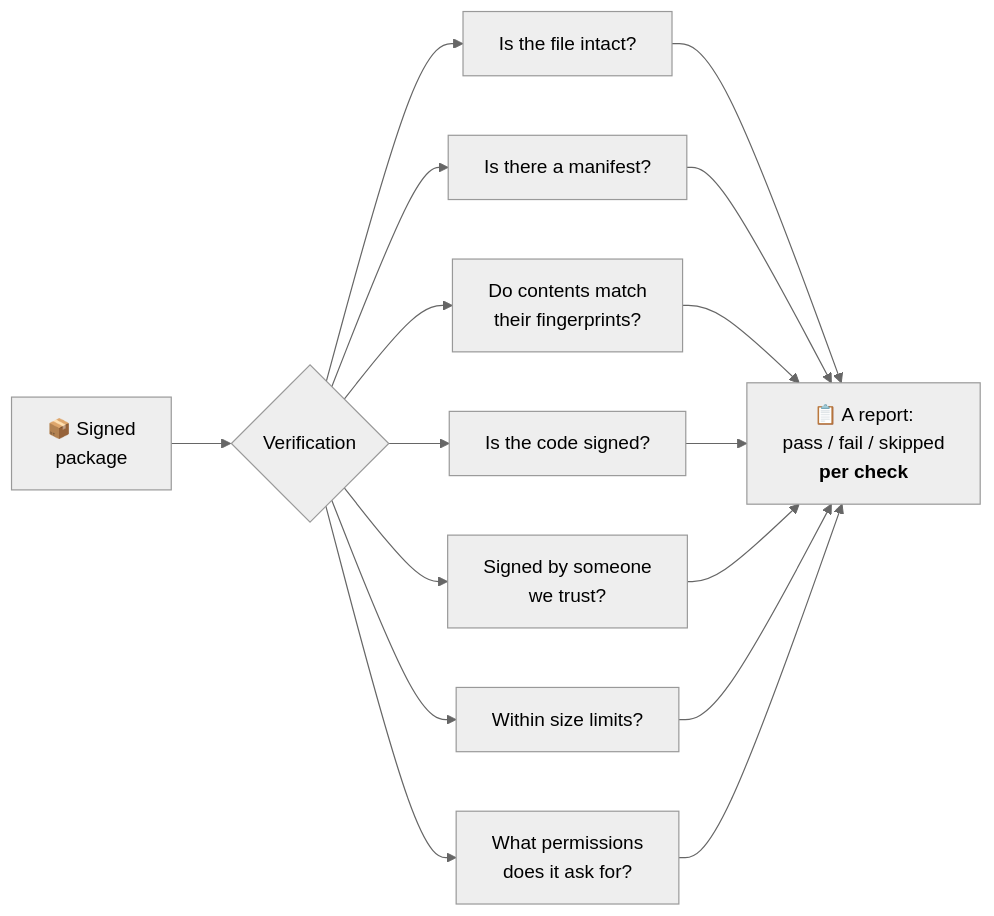
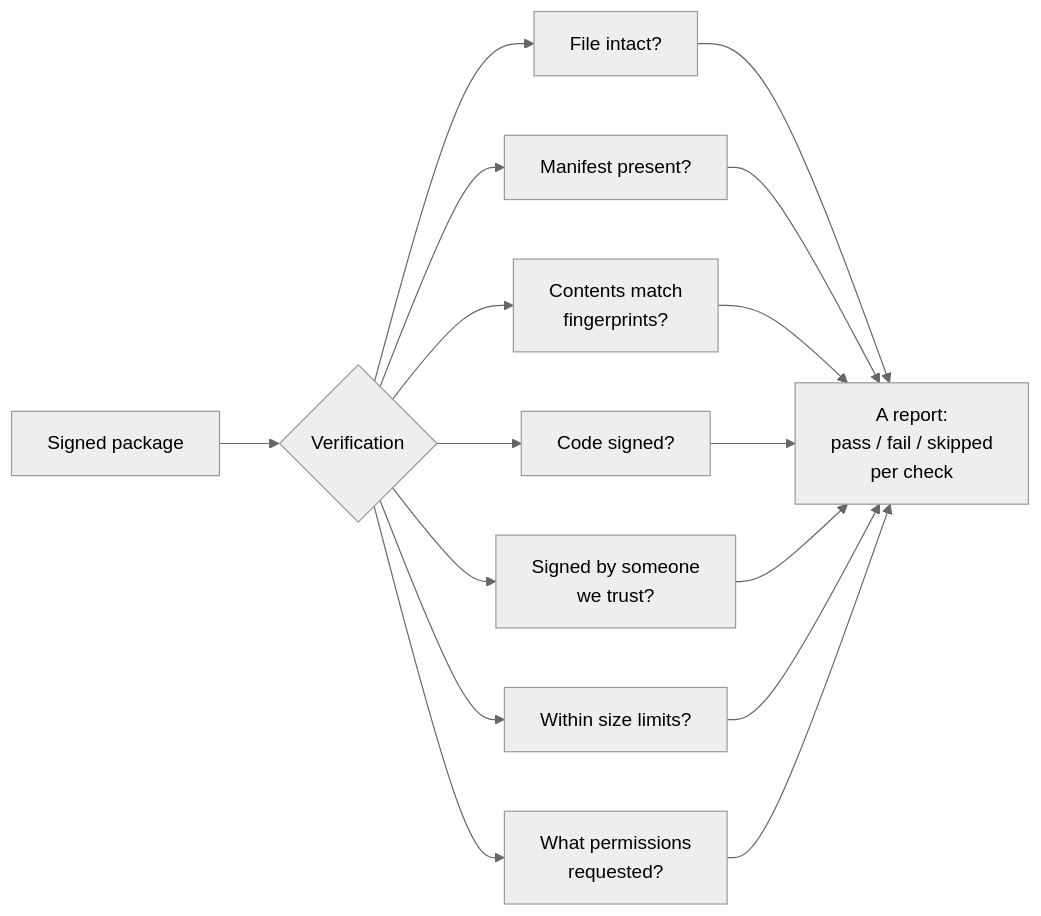
Before and after one commit to mondweep/vibe-cast: the eighth of 9 diagrams in README.md, drawn with Mermaid (neutral theme). The commit also changed other lines of this file, not shown here.

First line of the commit message:
Fix unreadable mermaid diagrams on GitHub

````diff
--- a/README.md
+++ b/README.md
@@ -348,12 +369,12 @@
 ```mermaid
 flowchart LR
-    PKG["📦 Signed<br/>package"] --> V{"Verification"}
-    V --> C1["Is the file intact?"]
-    V --> C2["Is there a manifest?"]
-    V --> C3["Do contents match<br/>their fingerprints?"]
-    V --> C4["Is the code signed?"]
+    PKG["Signed package"] --> V{"Verification"}
+    V --> C1["File intact?"]
+    V --> C2["Manifest present?"]
+    V --> C3["Contents match<br/>fingerprints?"]
+    V --> C4["Code signed?"]
     V --> C5["Signed by someone<br/>we trust?"]
     V --> C6["Within size limits?"]
-    V --> C7["What permissions<br/>does it ask for?"]
-    C1 & C2 & C3 & C4 & C5 & C6 & C7 --> OUT["📋 A report:<br/>pass / fail / skipped<br/><b>per check</b>"]
+    V --> C7["What permissions<br/>requested?"]
+    C1 & C2 & C3 & C4 & C5 & C6 & C7 --> OUT["A report:<br/>pass / fail / skipped<br/>per check"]
 ```
````
